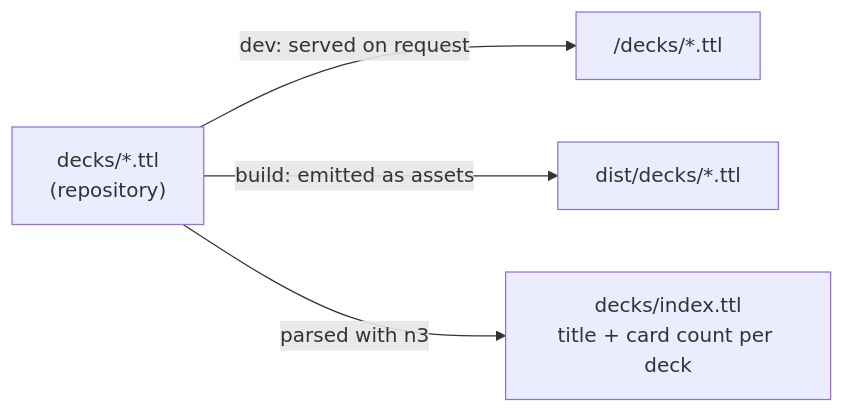
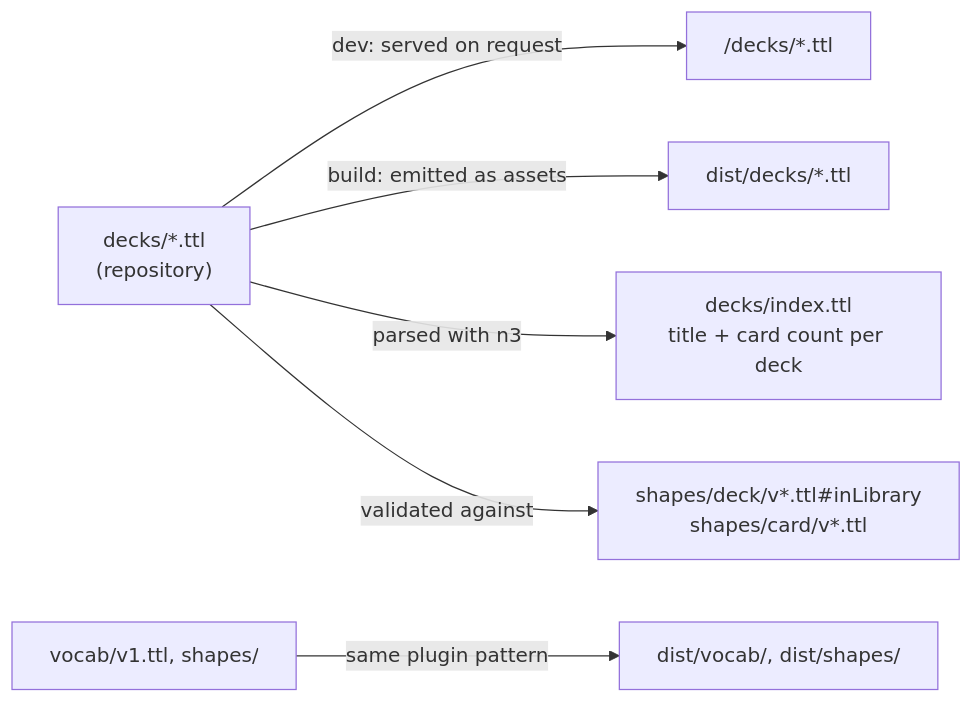
Before and after one commit to antwika/solid-memo: the first of 2 diagrams in docs/deck-library.md, drawn with Mermaid. The commit also changed other lines of this file and 159 other files, not shown here.

Commit message:
add versioned vocab, SHACL shapes, generated types, record pipeline, migrations and a validator

````diff
--- a/docs/deck-library.md
+++ b/docs/deck-library.md
@@ -91,6 +107,8 @@
 ```mermaid
 flowchart LR
     src["decks/*.ttl<br/>(repository)"] -->|dev: served on request| dev["/decks/*.ttl"]
     src -->|build: emitted as assets| dist["dist/decks/*.ttl"]
     src -->|parsed with n3| idx["decks/index.ttl<br/>title + card count per deck"]
+    src -->|validated against| shapes["shapes/deck/v*.ttl#inLibrary<br/>shapes/card/v*.ttl"]
+    vocab["vocab/v1.ttl, shapes/"] -->|same plugin pattern| pub["dist/vocab/, dist/shapes/"]
 ```
````
